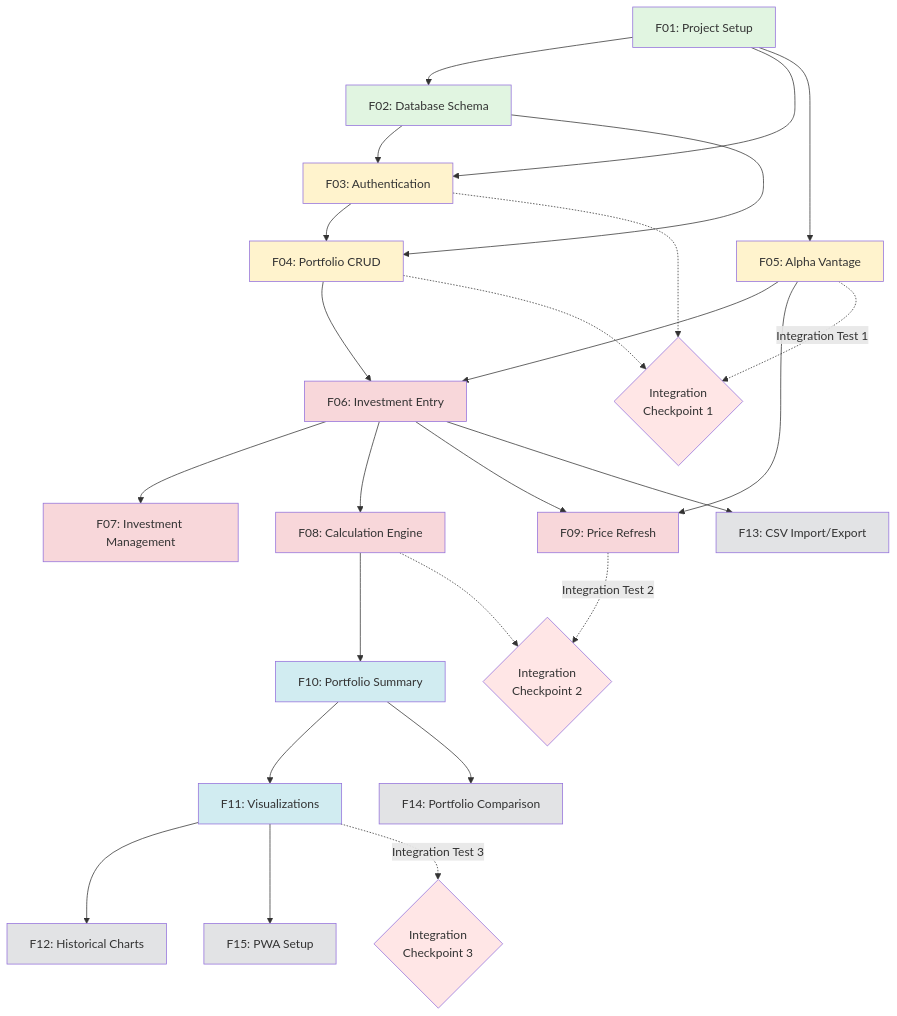
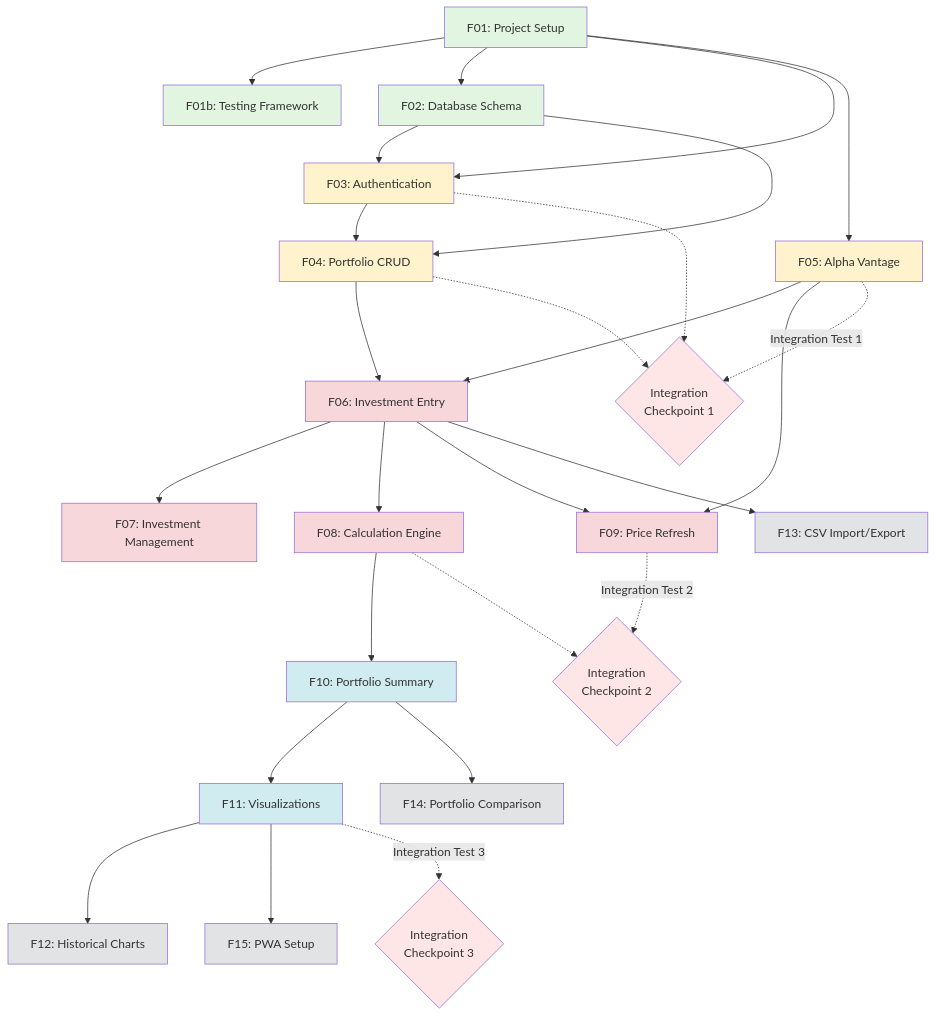
One commit to good-yellow-bee/track-your-stack changed the first of 3 diagrams in claudedocs/MASTER_PLAN_ENHANCED.md. Above: the diagram before and after it, drawn with Mermaid. The commit also changed other lines of this file and 1 other file, not shown here.

First line of the commit message:
docs: add F01b Testing Framework Setup feature to master plan

````diff
--- a/claudedocs/MASTER_PLAN_ENHANCED.md
+++ b/claudedocs/MASTER_PLAN_ENHANCED.md
@@ -57,59 +58,61 @@
 ```mermaid
 graph TD
-    F01[F01: Project Setup] --> F02[F02: Database Schema]
+    F01[F01: Project Setup] --> F01b[F01b: Testing Framework]
+    F01 --> F02[F02: Database Schema]
     F01 --> F03[F03: Authentication]
     F01 --> F05[F05: Alpha Vantage]
 
     F02 --> F03
     F02 --> F04[F04: Portfolio CRUD]
 
     F03 --> F04
 
     F04 --> F06[F06: Investment Entry]
     F05 --> F06
 
     F06 --> F07[F07: Investment Management]
     F06 --> F08[F08: Calculation Engine]
     F06 --> F09[F09: Price Refresh]
 
     F05 --> F09
 
     F08 --> F10[F10: Portfolio Summary]
 
     F10 --> F11[F11: Visualizations]
 
     %% Phase 2
     F11 --> F12[F12: Historical Charts]
     F06 --> F13[F13: CSV Import/Export]
     F10 --> F14[F14: Portfolio Comparison]
     F11 --> F15[F15: PWA Setup]
 
     %% Integration Checkpoints
     F05 -.->|Integration Test 1| INT1{Integration<br/>Checkpoint 1}
     F03 -.-> INT1
     F04 -.-> INT1
 
     F09 -.->|Integration Test 2| INT2{Integration<br/>Checkpoint 2}
     F08 -.-> INT2
 
     F11 -.->|Integration Test 3| INT3{Integration<br/>Checkpoint 3}
 
     style F01 fill:#e1f5e1
+    style F01b fill:#e1f5e1
     style F02 fill:#e1f5e1
     style F03 fill:#fff3cd
     style F04 fill:#fff3cd
     style F05 fill:#fff3cd
     style F06 fill:#f8d7da
     style F07 fill:#f8d7da
     style F08 fill:#f8d7da
     style F09 fill:#f8d7da
     style F10 fill:#d1ecf1
     style F11 fill:#d1ecf1
     style F12 fill:#e2e3e5
     style F13 fill:#e2e3e5
     style F14 fill:#e2e3e5
     style F15 fill:#e2e3e5
     style INT1 fill:#ffe6e6
     style INT2 fill:#ffe6e6
     style INT3 fill:#ffe6e6
 ```
````
